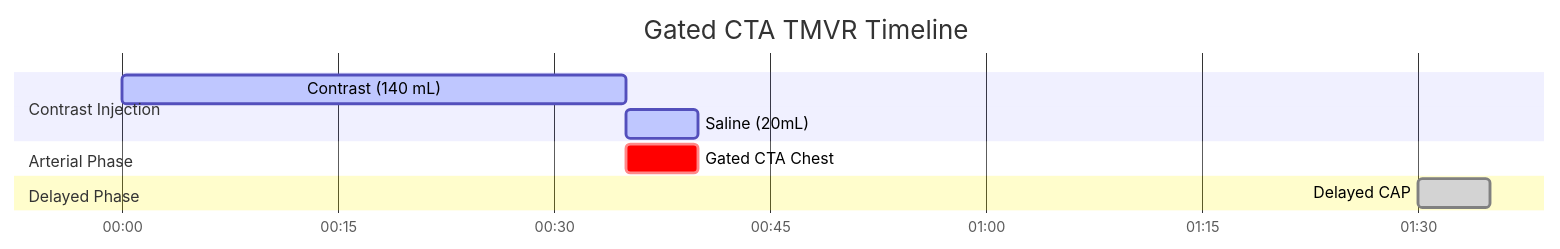
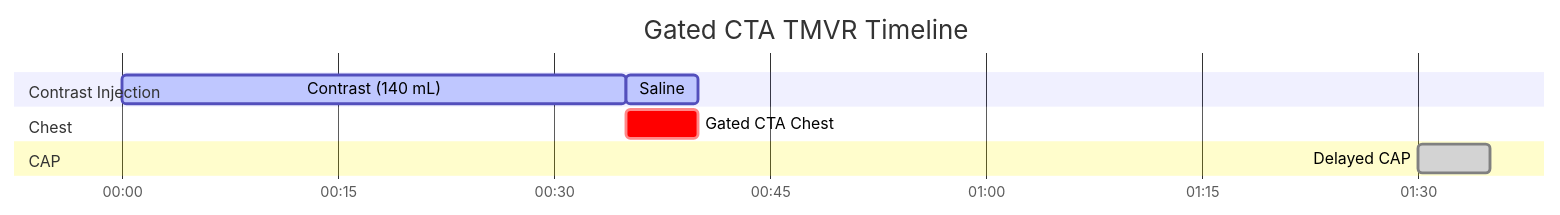
One commit to dfergs93/radiology-protocols changed the diagram in docs/ct/cardiac/gated-cta-tmvr.md. Above: the diagram before and after it, drawn with Mermaid. The commit also changed other lines of this file and 101 other files, not shown here.

````diff
--- a/docs/ct/cardiac/gated-cta-tmvr.md
+++ b/docs/ct/cardiac/gated-cta-tmvr.md
@@ -85,18 +86,20 @@
   ```mermaid
   ---
+  displayMode: compact
   config:
     theme: default
+    themeCSS: " #Saline{ fill: #4ed5ff; stroke: #2094f3; } "
   ---
     gantt
       title Gated CTA TMVR Timeline
       dateFormat mm:ss
       axisFormat %M:%S 
       
       section Contrast Injection
       Contrast (140 mL)    :active, contrast, 00:00, 35s
-      Saline (20mL)          :active, saline, after contrast, 5s
-      section Arterial Phase
+      Saline          :active, saline, after contrast, 5s
+      section Chest
       Gated CTA Chest    :crit, scan1, after contrast, 5s
-      section Delayed Phase
+      section CAP
       Delayed CAP    :done, scan2, 01:30, 5s
   ```
````
